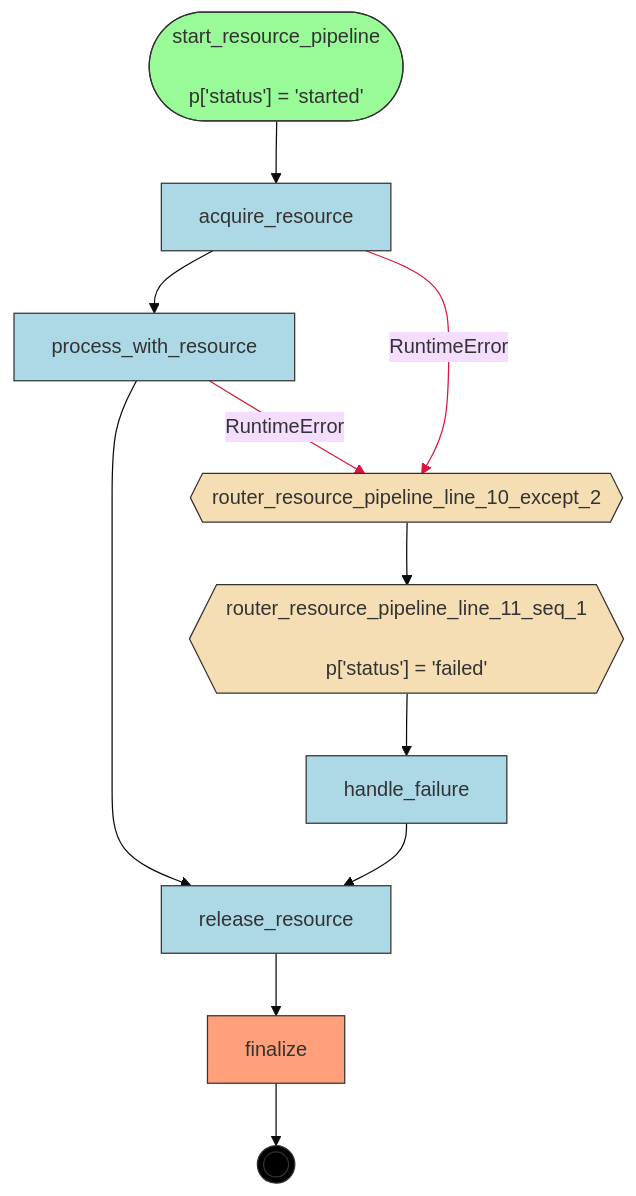
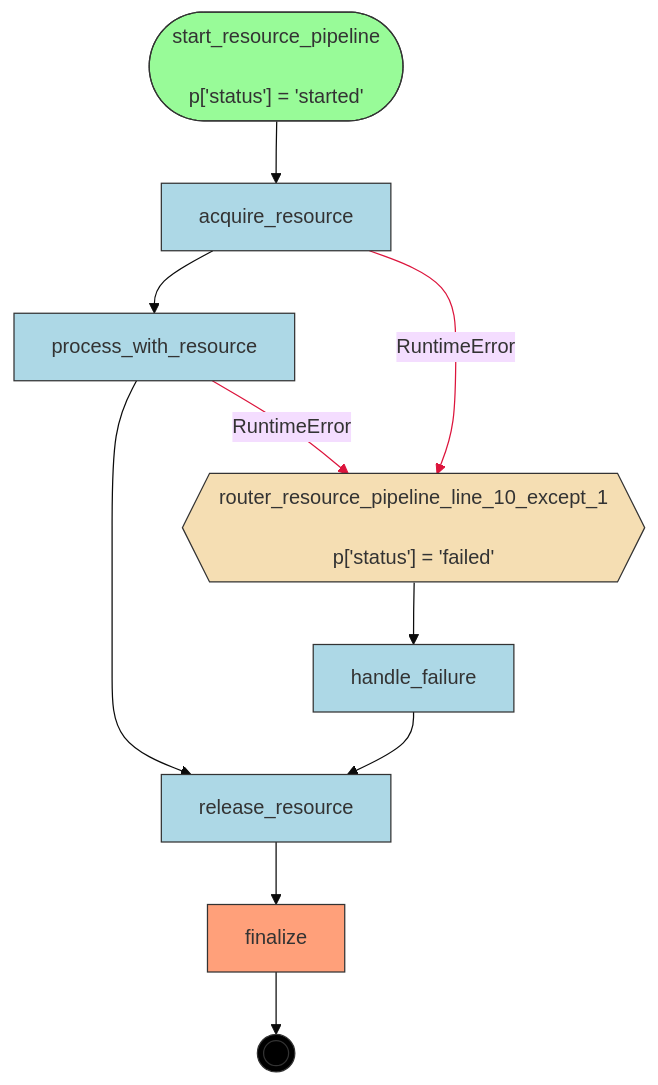
One commit to deliveryhero/asya changed the diagram in examples/flows/compiled/try_except_finally/flow.mmd. Above: the diagram before and after it, drawn with Mermaid (base theme). The commit also changed 139 other files, not shown here.

Commit message:
chore: recompile all flows with int/float types in manifests

```diff
--- a/examples/flows/compiled/try_except_finally/flow.mmd
+++ b/examples/flows/compiled/try_except_finally/flow.mmd
@@ -1,35 +1,33 @@
 flowchart TD
     %% Flow: resource_pipeline
 
     acquire_resource[acquire_resource]
     finalize[finalize]
     handle_failure[handle_failure]
     process_with_resource[process_with_resource]
     release_resource[release_resource]
-    router_resource_pipeline_line_10_except_2{{router_resource_pipeline_line_10_except_2}}
-    router_resource_pipeline_line_11_seq_1{{"router_resource_pipeline_line_11_seq_1<br/><br/>p['status'] = 'failed'"}}
+    router_resource_pipeline_line_10_except_1{{"router_resource_pipeline_line_10_except_1<br/><br/>p['status'] = 'failed'"}}
     start_resource_pipeline(["start_resource_pipeline<br/><br/>p['status'] = 'started'"])
     __end__((( )))
 
     start_resource_pipeline --> acquire_resource
     acquire_resource --> process_with_resource
     process_with_resource --> release_resource
     release_resource --> finalize
-    router_resource_pipeline_line_11_seq_1 --> handle_failure
-    router_resource_pipeline_line_10_except_2 --> router_resource_pipeline_line_11_seq_1
-    acquire_resource -->|"RuntimeError"| router_resource_pipeline_line_10_except_2
-    process_with_resource -->|"RuntimeError"| router_resource_pipeline_line_10_except_2
+    router_resource_pipeline_line_10_except_1 --> handle_failure
     handle_failure --> release_resource
+    acquire_resource -->|"RuntimeError"| router_resource_pipeline_line_10_except_1
+    process_with_resource -->|"RuntimeError"| router_resource_pipeline_line_10_except_1
     finalize --> __end__
 
     classDef start fill:#98FB98,stroke:#333
     classDef endnode fill:#FFA07A,stroke:#333
     classDef router fill:#F5DEB3,stroke:#333
     classDef handler fill:#ADD8E6,stroke:#333
     classDef endpoint fill:#000,stroke:#333,color:#fff
     class start_resource_pipeline start
     class finalize endnode
-    class router_resource_pipeline_line_10_except_2,router_resource_pipeline_line_11_seq_1 router
+    class router_resource_pipeline_line_10_except_1 router
     class acquire_resource,handle_failure,process_with_resource,release_resource handler
     class __end__ endpoint
     linkStyle 6,7 stroke:#DC143C
```
